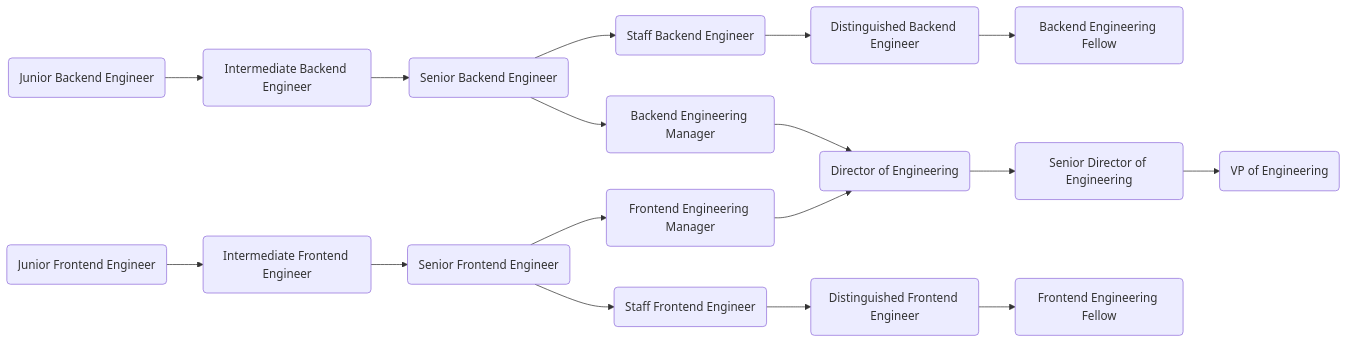
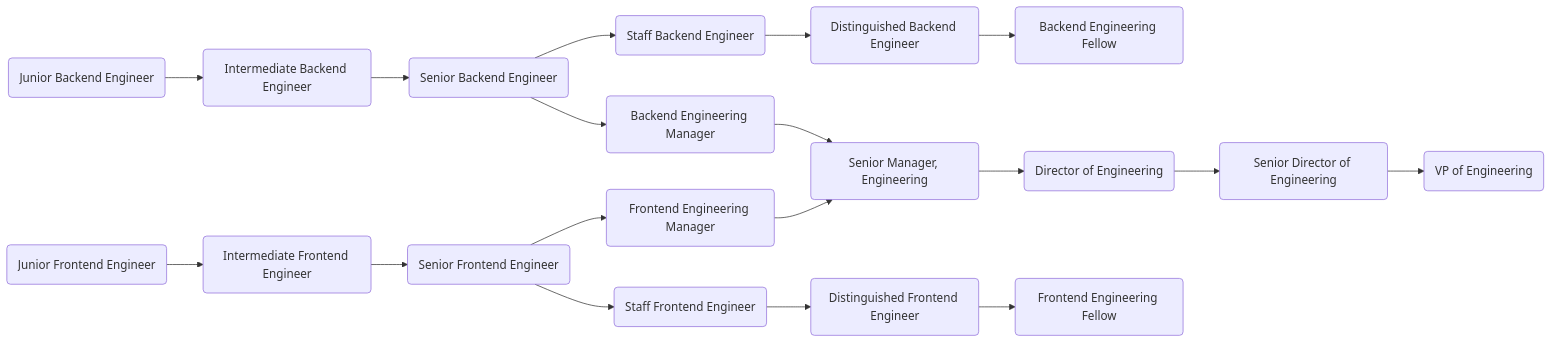
One commit to secretstartups/handbook changed the first of 5 diagrams in career-development/index.html.md. Above: the diagram before and after it, drawn with Mermaid.

Commit message:
Merge branch 'ClemMakesApps-master-patch-49094' into 'master'
Add senior manager, engineering to career development chart

See merge request gitlab-com/www-gitlab-com!50393

````diff
--- a/career-development/index.html.md
+++ b/career-development/index.html.md
@@ -105,43 +105,45 @@
 ```mermaid
   graph LR;
   eng:jbe(Junior Backend Engineer)-->eng:ibe(Intermediate Backend Engineer);
   eng:ibe(Intermediate Backend Engineer)-->eng:sbe(Senior Backend Engineer);
 
   eng:sbe(Senior Backend Engineer)-->eng:stbe(Staff Backend Engineer);
   eng:stbe(Staff Backend Engineer)-->eng:dbe(Distinguished Backend Engineer);
   eng:dbe(Distinguished Backend Engineer)-->eng:ef(Backend Engineering Fellow);
 
   eng:sbe(Senior Backend Engineer)-->eng:em(Backend Engineering Manager);
-  eng:em(Backend Engineering Manager)-->eng:de(Director of Engineering);
+  eng:em(Backend Engineering Manager)-->eng:sme(Senior Manager, Engineering);
 
+  eng:sme(Senior Manager, Engineering)-->eng:de(Director of Engineering);
   eng:de(Director of Engineering)-->eng:sde(Senior Director of Engineering);
   eng:sde(Senior Director of Engineering)-->eng:vpe(VP of Engineering);
 
   eng:jfe(Junior Frontend Engineer)-->eng:ife(Intermediate Frontend Engineer);
   eng:ife(Intermediate Frontend Engineer)-->eng:sfe(Senior Frontend Engineer);
 
   eng:sfe(Senior Frontend Engineer)-->eng:feem(Frontend Engineering Manager);
-  eng:feem(Frontend Engineering Manager)-->eng:de(Director of Engineering);
+  eng:feem(Frontend Engineering Manager)-->eng:sme(Senior Manager, Engineering);
 
   eng:sfe(Senior Frontend Engineer)-->eng:stfe(Staff Frontend Engineer);
   eng:stfe(Staff Frontend Engineer)-->eng:dfe(Distinguished Frontend Engineer);
   eng:dfe(Distinguished Frontend Engineer)-->eng:feef(Frontend Engineering Fellow);
 
   click eng:jbe "/job-families/engineering/backend-engineer#junior-backend-engineer";
   click eng:ibe "/job-families/engineering/backend-engineer#intermediate-backend-engineer";
   click eng:sbe "/job-families/engineering/backend-engineer#senior-backend-engineer";
   click eng:stbe "/job-families/engineering/backend-engineer#staff-backend-engineer";
   click eng:dbe "/job-families/engineering/backend-engineer#distinguished-backend-engineer";
   click eng:ef "/job-families/engineering/backend-engineer#engineering-fellow";
   click eng:em "/job-families/engineering/backend-engineer#engineering-manager";
+  click eng:sme "/job-families/engineering/engineering-management/#senior-manager-development";
   click eng:de "/job-families/engineering/backend-engineer#director-of-engineering";
   click eng:sde "/job-families/engineering/backend-engineer#senior-director-of-engineering";
   click eng:vpe "/job-families/engineering/backend-engineer#vp-of-engineering";
   click eng:jfe "/job-families/engineering/frontend-engineer#junior-frontend-engineer";
   click eng:ife "/job-families/engineering/frontend-engineer#intermediate-frontend-engineer";
   click eng:sfe "/job-families/engineering/frontend-engineer#senior-frontend-engineer";
   click eng:stfe "/job-families/engineering/frontend-engineer#staff-frontend-engineer";
   click eng:dfe "/job-families/engineering/frontend-engineer#distinguished-frontend-engineer";
   click eng:feef "/job-families/engineering/frontend-engineer#frontend-engineering-fellow";
   click eng:feem "/job-families/engineering/frontend-engineering-manager";
 ```
````
